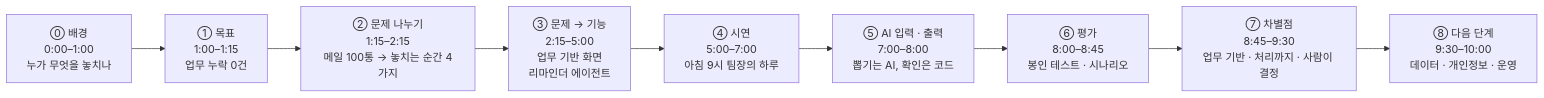
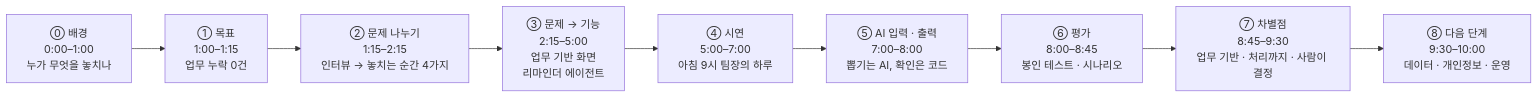
Before and after one commit to dlwodns/Teamproject_6: the first of 2 diagrams in docs/10_planning/ir_draft.md, drawn with Mermaid. The commit also changed other lines of this file, not shown here.

````diff
--- a/docs/10_planning/ir_draft.md
+++ b/docs/10_planning/ir_draft.md
@@ -22,11 +25,11 @@
 ```mermaid
 flowchart LR
     A0["⓪ 배경<br/>0:00–1:00<br/>누가 무엇을 놓치나"] --> A["① 목표<br/>1:00–1:15<br/>업무 누락 0건"]
-    A --> B["② 문제 나누기<br/>1:15–2:15<br/>메일 100통 → 놓치는 순간 4가지"]
+    A --> B["② 문제 나누기<br/>1:15–2:15<br/>인터뷰 → 놓치는 순간 4가지"]
     B --> C["③ 문제 → 기능<br/>2:15–5:00<br/>업무 기반 화면<br/>리마인더 에이전트"]
     C --> D["④ 시연<br/>5:00–7:00<br/>아침 9시 팀장의 하루"]
     D --> E["⑤ AI 입력 · 출력<br/>7:00–8:00<br/>뽑기는 AI, 확인은 코드"]
     E --> F["⑥ 평가<br/>8:00–8:45<br/>봉인 테스트 · 시나리오"]
     F --> G["⑦ 차별점<br/>8:45–9:30<br/>업무 기반 · 처리까지 · 사람이 결정"]
     G --> H["⑧ 다음 단계<br/>9:30–10:00<br/>데이터 · 개인정보 · 운영"]
 ```
````
